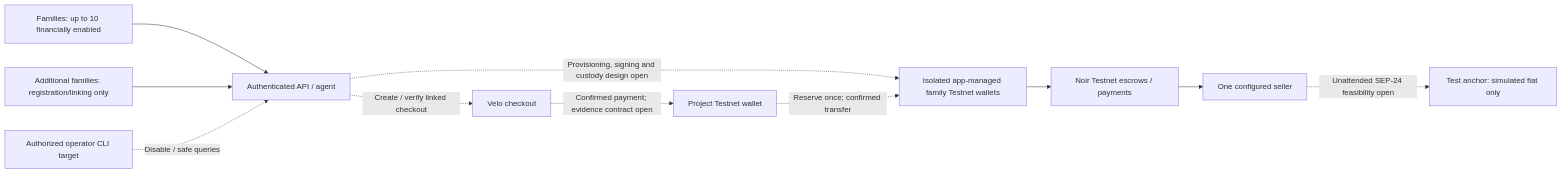
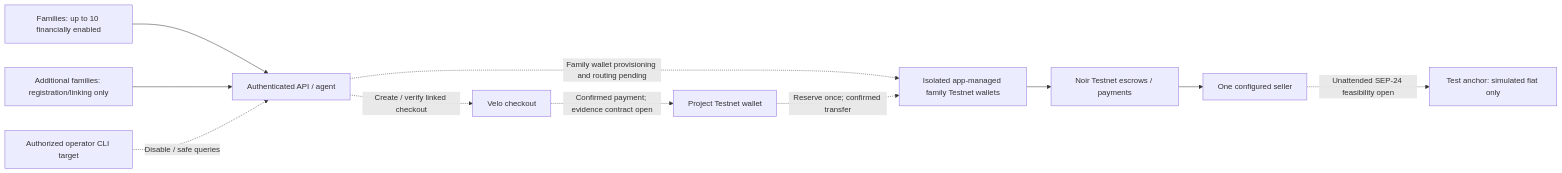
One commit to DiceTL/PadalaPocket changed the first of 4 diagrams in docs/architecture.md. Above: the diagram before and after it, drawn with Mermaid. The commit also changed other lines of this file and 12 other files, not shown here.

First line of the commit message:
Restrict family signing keys to private Vault access

````diff
--- a/docs/architecture.md
+++ b/docs/architecture.md
@@ -11,13 +11,13 @@
 ```mermaid
 flowchart LR
     Families["Families: up to 10 financially enabled"] --> API["Authenticated API / agent"]
     Others["Additional families: registration/linking only"] --> API
-    API -. "Provisioning, signing and custody design open" .-> Wallets["Isolated app-managed family Testnet wallets"]
+    API -. "Family wallet provisioning and routing pending" .-> Wallets["Isolated app-managed family Testnet wallets"]
     API -. "Create / verify linked checkout" .-> Velo["Velo checkout"]
     Velo -. "Confirmed payment; evidence contract open" .-> Pool["Project Testnet wallet"]
     Pool -. "Reserve once; confirmed transfer" .-> Wallets
     Wallets --> Noir["Noir Testnet escrows / payments"]
     Noir --> Seller["One configured seller"]
     Seller -. "Unattended SEP-24 feasibility open" .-> Anchor["Test anchor: simulated fiat only"]
     Operator["Authorized operator CLI target"] -. "Disable / safe queries" .-> API
 ```
````
